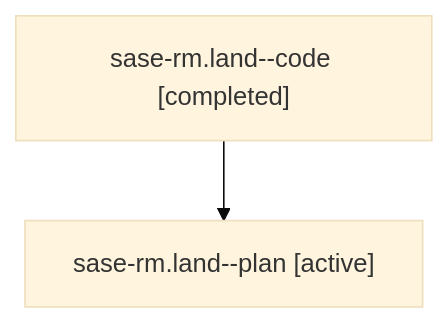
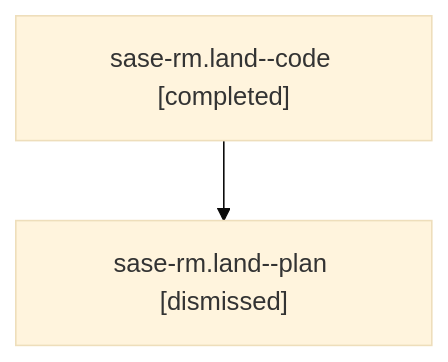
The diagram in sessions/bbugyi200.athena.sase-rm.land.md (sase-org/sase--agents), drawn with Mermaid (base theme) before and after one commit. The commit also changed other lines of this file and 172 other files, not shown here.

````diff
--- a/sessions/bbugyi200.athena.sase-rm.land.md
+++ b/sessions/bbugyi200.athena.sase-rm.land.md
@@ -9,6 +9,6 @@
 ```mermaid
 flowchart TD
   n0["sase-rm.land--code [completed]"]
-  n1["sase-rm.land--plan [active]"]
+  n1["sase-rm.land--plan [dismissed]"]
   n0 --> n1
 ```
````
